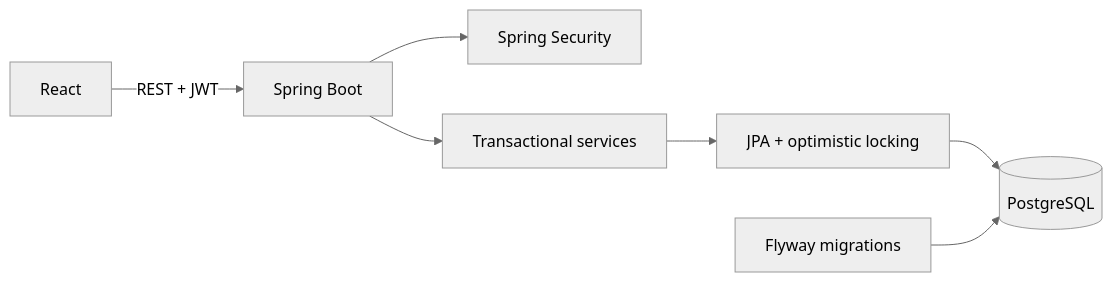
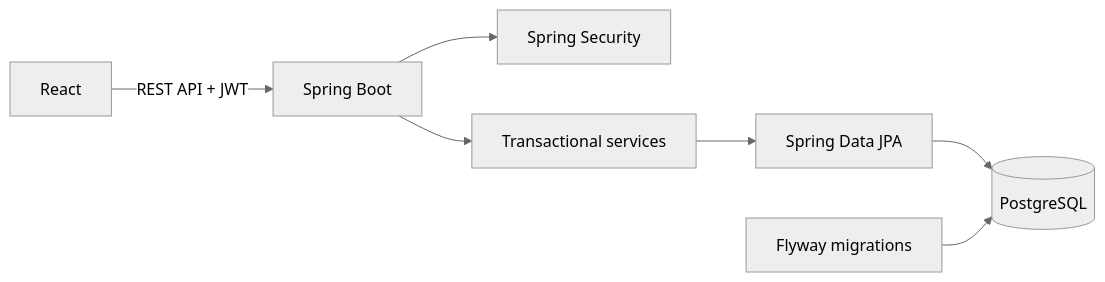
The diagram in README.md (conglam56/E-Commerce), drawn with Mermaid (neutral theme) before and after one commit. The commit also changed other lines of this file and 11 other files, not shown here.

````diff
--- a/README.md
+++ b/README.md
@@ -41,9 +78,9 @@
-~~~mermaid
+```mermaid
 flowchart LR
-    Browser[React] -->|REST + JWT| API[Spring Boot]
+    Client[React] -->|REST API + JWT| API[Spring Boot]
     API --> Security[Spring Security]
-    API --> Services[Transactional services]
-    Services --> JPA[JPA + optimistic locking]
+    API --> Service[Transactional services]
+    Service --> JPA[Spring Data JPA]
     JPA --> DB[(PostgreSQL)]
     Flyway[Flyway migrations] --> DB
-~~~
+```
````
